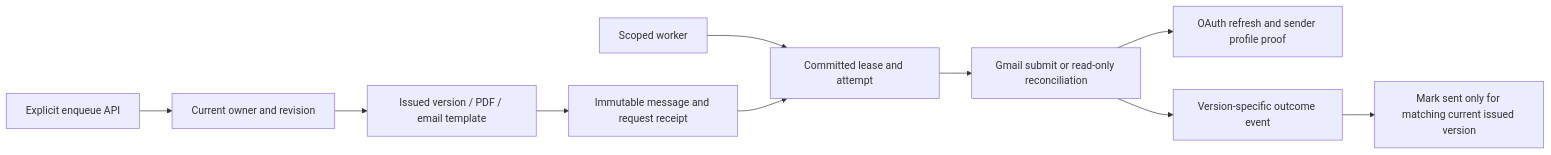
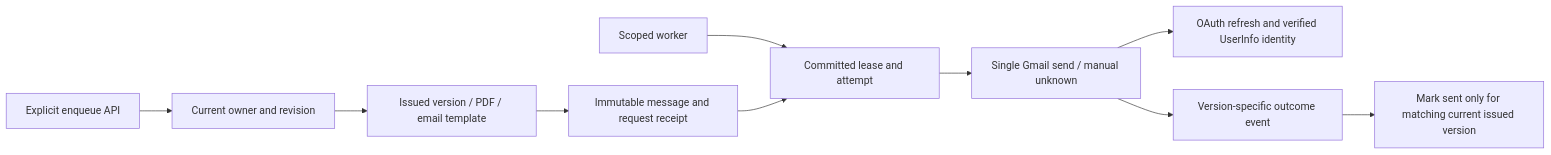
Before and after one commit to Weretik/BreviERP: the eighth of 9 diagrams in docs/sdd/features/crm/clients-and-quotes.md, drawn with Mermaid. The commit also changed other lines of this file and 52 other files, not shown here.

````diff
--- a/docs/sdd/features/crm/clients-and-quotes.md
+++ b/docs/sdd/features/crm/clients-and-quotes.md
@@ -351,12 +350,12 @@
 ```mermaid
 flowchart LR
   API[Explicit enqueue API] --> ACL[Current owner and revision]
   ACL --> Pins[Issued version / PDF / email template]
   Pins --> Queue[Immutable message and request receipt]
   Worker[Scoped worker] --> Lease[Committed lease and attempt]
   Queue --> Lease
-  Lease --> Provider[Gmail submit or read-only reconciliation]
-  Provider --> Token[OAuth refresh and sender profile proof]
+  Lease --> Provider[Single Gmail send / manual unknown]
+  Provider --> Token[OAuth refresh and verified UserInfo identity]
   Provider --> Outcome[Version-specific outcome event]
   Outcome --> Current[Mark sent only for matching current issued version]
 ```
````
